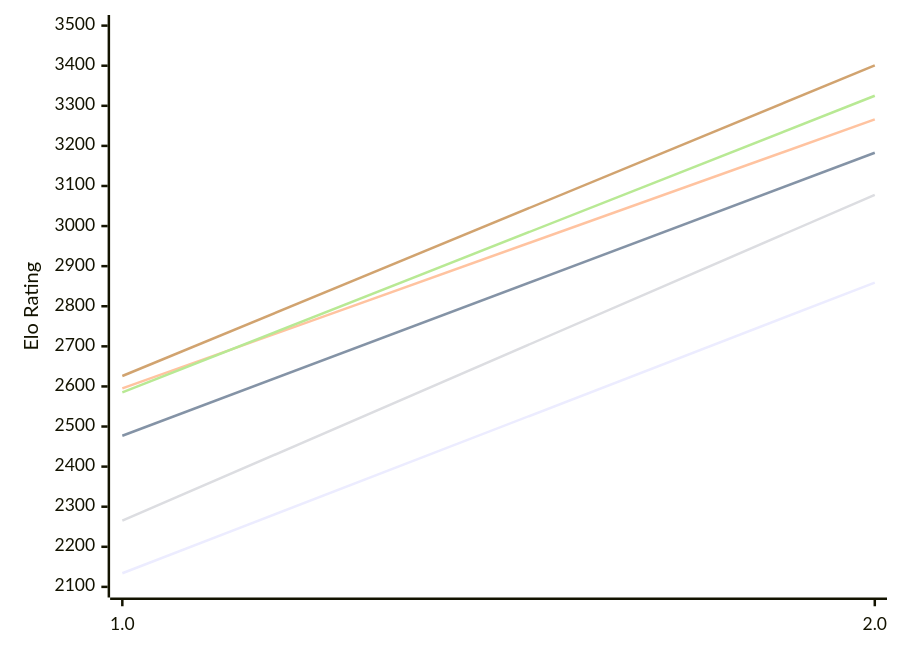
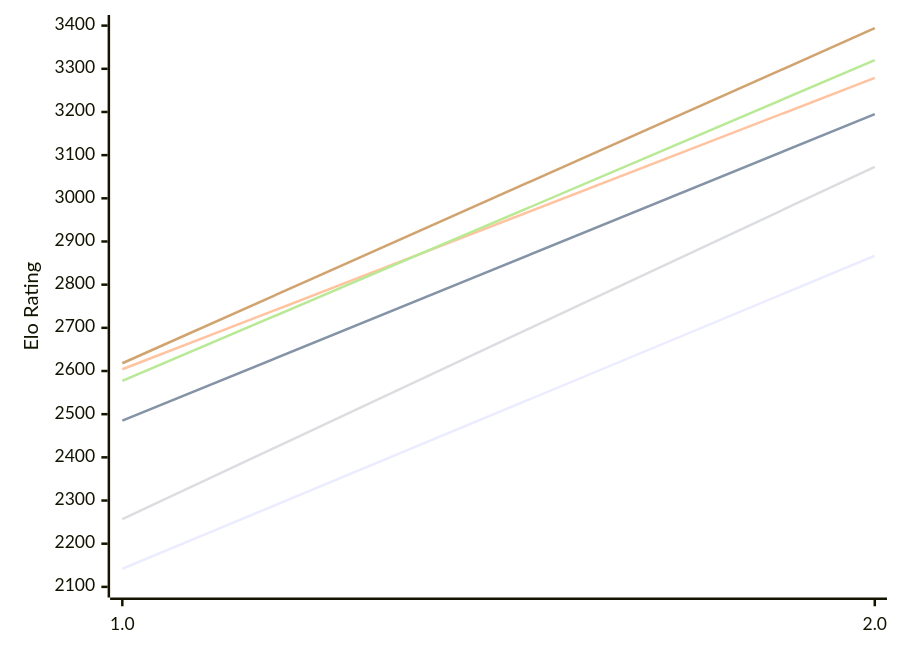
The diagram in engines/Scarlet.md (computer-chess-index/cci), drawn with Mermaid before and after one commit. The commit also changed other lines of this file, not shown here.

Commit message:
Update CCI Ratings (ELO VLTC) - 2026-11-06

````diff
--- a/engines/Scarlet.md
+++ b/engines/Scarlet.md
@@ -49,12 +49,12 @@
 ```mermaid
 %%{init: {"theme":"base","themeVariables":{"seriesColors:['#a3a3a3','#222221','#faa371']}}}%%
 xychart-beta
   x-axis ["1.0", "2.0"]
-  y-axis "Elo Rating" 2100 --> 3500
-  line "E1: STC (8.0+0.08s)" [2134, 2859]
-  line "E1: LTC (60.0+0.60s)" [2477, 3183]
-  line "E1: VLTC (2m24s+1.12s)" [2595, 3266]
-  line "P1: STC (8.0+0.08s)" [2265, 3078]
-  line "P1: LTC (60.0+0.60s)" [2585, 3325]
-  line "P1: VLTC (2m24s+1.12s)" [2626, 3401]
+  y-axis "Elo Rating" 2100 --> 3400
+  line "E1: STC (8.0+0.08s)" [2142, 2867]
+  line "E1: LTC (60.0+0.60s)" [2485, 3195]
+  line "E1: VLTC (2m24s+1.12s)" [2604, 3279]
+  line "P1: STC (8.0+0.08s)" [2257, 3073]
+  line "P1: LTC (60.0+0.60s)" [2577, 3320]
+  line "P1: VLTC (2m24s+1.12s)" [2618, 3394]
 ```
````
